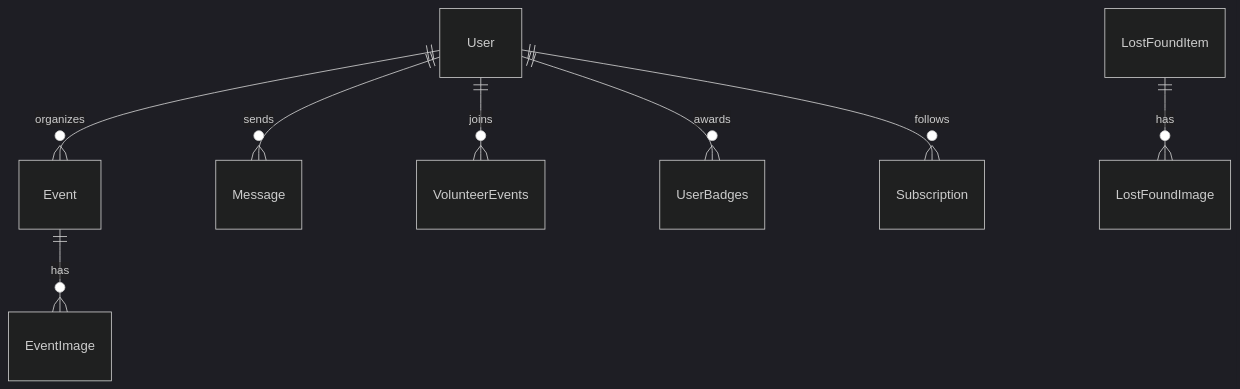
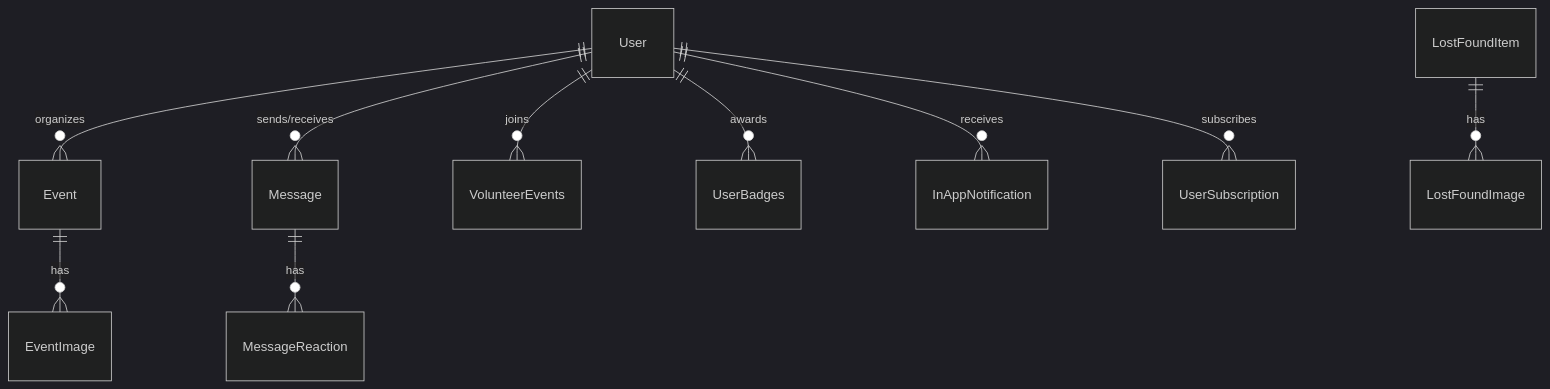
Before and after one commit to tahmidahmed1/ECE452-s25-group-9: the third of 3 diagrams in ARCHITECTURE.md, drawn with Mermaid (dark theme). The commit also changed other lines of this file and 17 other files, not shown here.

````diff
--- a/ARCHITECTURE.md
+++ b/ARCHITECTURE.md
@@ -98,10 +113,12 @@
 ```mermaid
 erDiagram
   User ||--o{ Event : organizes
-  User ||--o{ Message : "sends"
+  User ||--o{ Message : "sends/receives"
   User ||--o{ VolunteerEvents : "joins"
   User ||--o{ UserBadges : awards
+  User ||--o{ InAppNotification : receives
+  User ||--o{ UserSubscription : subscribes
   Event ||--o{ EventImage : has
-  User ||--o{ Subscription : follows
+  Message ||--o{ MessageReaction : has
   LostFoundItem ||--o{ LostFoundImage : has
 ```
````
